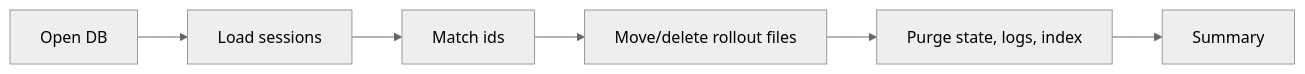
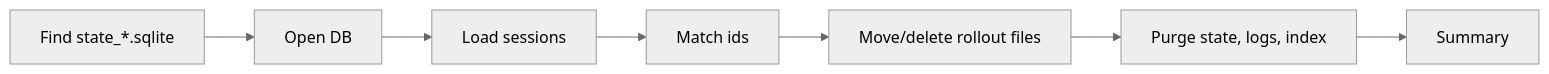
The fifth of 6 diagrams in docs/architecture.md (lemonbu5h/dexcow), drawn with Mermaid (neutral theme) before and after one commit. The commit also changed other lines of this file and 8 other files, not shown here.

````diff
--- a/docs/architecture.md
+++ b/docs/architecture.md
@@ -45,8 +61,9 @@
 ```mermaid
 flowchart LR
-  A["Open DB"] --> B["Load sessions"]
-  B --> C["Match ids"]
-  C --> D["Move/delete rollout files"]
-  D --> E["Purge state, logs, index"]
-  E --> F["Summary"]
+  A["Find state_*.sqlite"] --> B["Open DB"]
+  B --> C["Load sessions"]
+  C --> D["Match ids"]
+  D --> E["Move/delete rollout files"]
+  E --> F["Purge state, logs, index"]
+  F --> G["Summary"]
 ```
````
